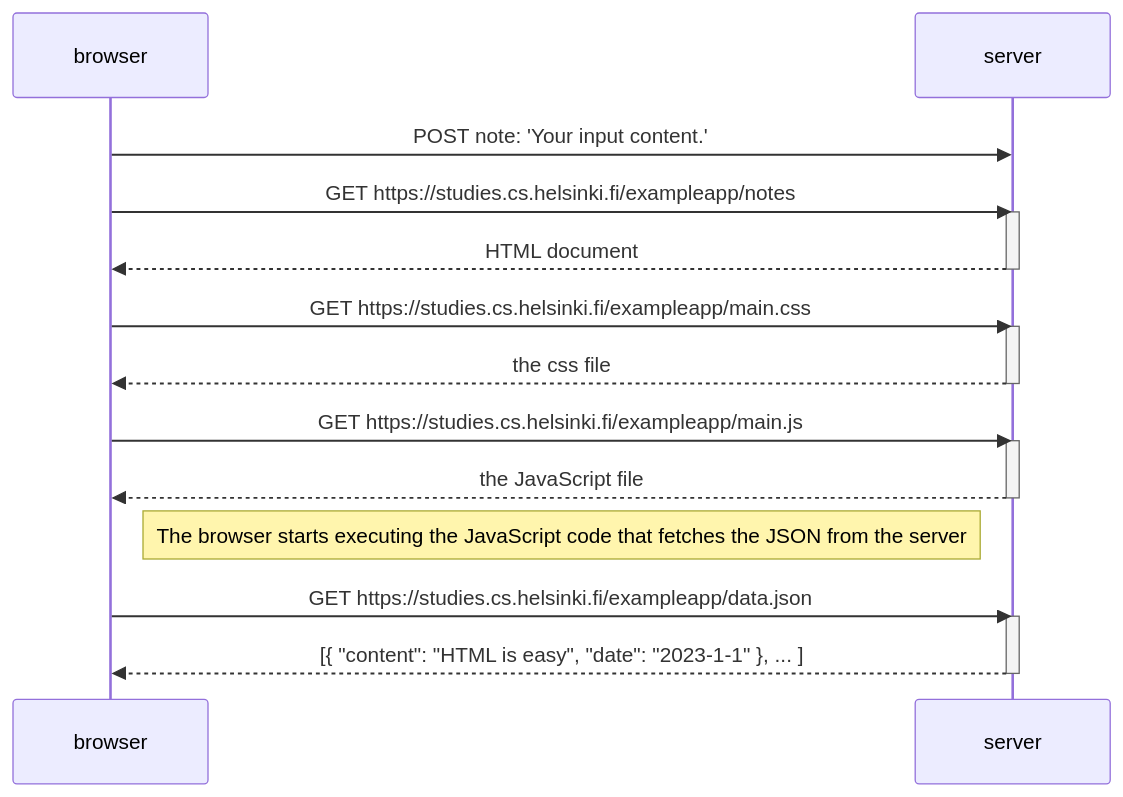
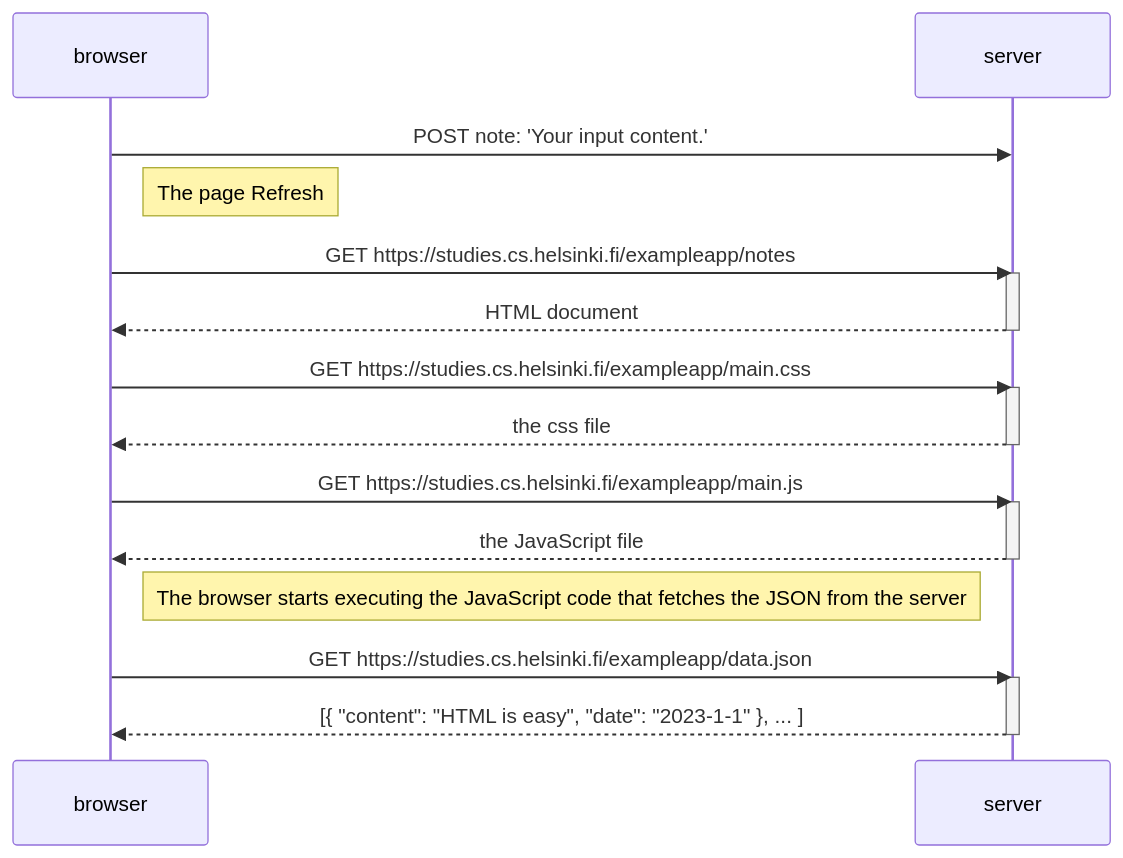
The diagram in README.md (CustoPrz/FullStack-Ejercicio-0.4), drawn with Mermaid before and after one commit.

````diff
--- a/README.md
+++ b/README.md
@@ -2,31 +2,32 @@
 ```mermaid
 sequenceDiagram
     participant browser
     participant server
 
     browser->>server: POST note: 'Your input content.'
+    Note right of browser: The page Refresh
     
 
     browser->>server: GET https://studies.cs.helsinki.fi/exampleapp/notes
     activate server
     server-->>browser: HTML document
     deactivate server
 
     browser->>server: GET https://studies.cs.helsinki.fi/exampleapp/main.css
     activate server
     server-->>browser: the css file
     deactivate server
 
     browser->>server: GET https://studies.cs.helsinki.fi/exampleapp/main.js
     activate server
     server-->>browser: the JavaScript file
     deactivate server
 
     Note right of browser: The browser starts executing the JavaScript code that fetches the JSON from the server
 
     browser->>server: GET https://studies.cs.helsinki.fi/exampleapp/data.json
     activate server
     server-->>browser: [{ "content": "HTML is easy", "date": "2023-1-1" }, ... ]
     deactivate server
 
 ```
````
